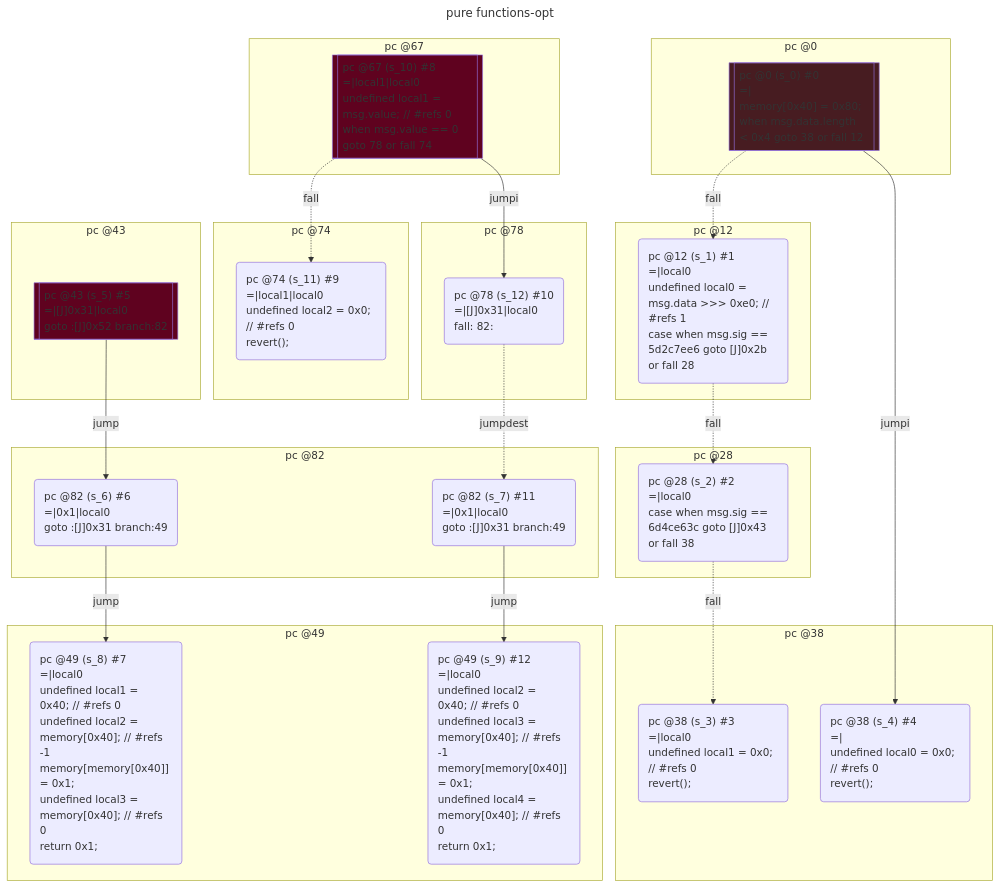
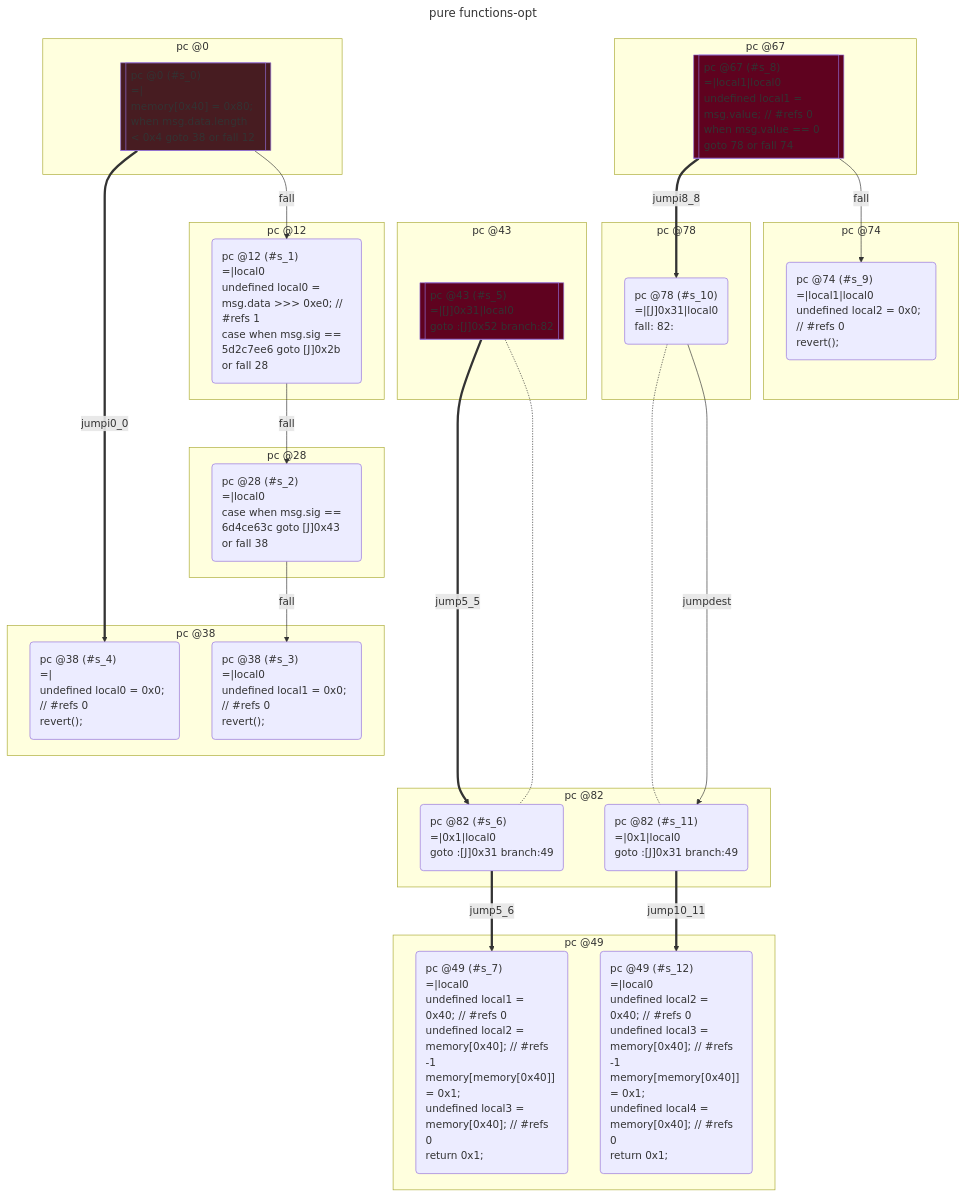
Before and after one commit to acuarica/evm: the second of 2 diagrams in test/__snapshots__/contracts/dispatch/pure-functions.snap.md, drawn with Mermaid. The commit also changed other lines of this file and 25 other files, not shown here.

````diff
--- a/test/__snapshots__/contracts/dispatch/pure-functions.snap.md
+++ b/test/__snapshots__/contracts/dispatch/pure-functions.snap.md
@@ -294,7 +296,7 @@
 flowchart TD
   classDef state text-align:left
   subgraph cluster_0 ["pc @0"]
-    s_0[["pc @0 (s_0) #0
+    s_0[["pc @0 (#s_0)
 =|
 memory[0x40] = 0x80;
 when msg.data.length < 0x4 goto 38 or fall 12
@@ -303,7 +305,7 @@
     style s_0 fill:#471C21
   end
   subgraph cluster_12 ["pc @12"]
-    s_1("pc @12 (s_1) #1
+    s_1("pc @12 (#s_1)
 =|local0
 undefined local0 = msg.data >>> 0xe0; // #refs 1
 case when msg.sig == 5d2c7ee6 goto [J]0x2b or fall 28
@@ -311,20 +313,20 @@
     class s_1 state
   end
   subgraph cluster_28 ["pc @28"]
-    s_2("pc @28 (s_2) #2
+    s_2("pc @28 (#s_2)
 =|local0
 case when msg.sig == 6d4ce63c goto [J]0x43 or fall 38
 ")
     class s_2 state
   end
   subgraph cluster_38 ["pc @38"]
-    s_3("pc @38 (s_3) #3
+    s_3("pc @38 (#s_3)
 =|local0
 undefined local1 = 0x0; // #refs 0
 revert();
 ")
     class s_3 state
-    s_4("pc @38 (s_4) #4
+    s_4("pc @38 (#s_4)
 =|
 undefined local0 = 0x0; // #refs 0
 revert();
@@ -332,7 +334,7 @@
     class s_4 state
   end
   subgraph cluster_43 ["pc @43"]
-    s_5[["pc @43 (s_5) #5
+    s_5[["pc @43 (#s_5)
 =|[J]0x31|local0
 goto :[J]0x52 branch:82
 "]]
@@ -340,19 +342,19 @@
     style s_5 fill:#5F021F
   end
   subgraph cluster_82 ["pc @82"]
-    s_6("pc @82 (s_6) #6
+    s_6("pc @82 (#s_6)
 =|0x1|local0
 goto :[J]0x31 branch:49
 ")
     class s_6 state
-    s_7("pc @82 (s_7) #11
+    s_11("pc @82 (#s_11)
 =|0x1|local0
 goto :[J]0x31 branch:49
 ")
-    class s_7 state
+    class s_11 state
   end
   subgraph cluster_49 ["pc @49"]
-    s_8("pc @49 (s_8) #7
+    s_7("pc @49 (#s_7)
 =|local0
 undefined local1 = 0x40; // #refs 0
 undefined local2 = memory[0x40]; // #refs -1
@@ -360,8 +362,8 @@
 undefined local3 = memory[0x40]; // #refs 0
 return 0x1;
 ")
-    class s_8 state
-    s_9("pc @49 (s_9) #12
+    class s_7 state
+    s_12("pc @49 (#s_12)
 =|local0
 undefined local2 = 0x40; // #refs 0
 undefined local3 = memory[0x40]; // #refs -1
@@ -369,41 +371,43 @@
 undefined local4 = memory[0x40]; // #refs 0
 return 0x1;
 ")
-    class s_9 state
+    class s_12 state
   end
   subgraph cluster_67 ["pc @67"]
-    s_10[["pc @67 (s_10) #8
+    s_8[["pc @67 (#s_8)
 =|local1|local0
 undefined local1 = msg.value; // #refs 0
 when msg.value == 0 goto 78 or fall 74
 "]]
-    class s_10 state
-    style s_10 fill:#5F021F
+    class s_8 state
+    style s_8 fill:#5F021F
   end
   subgraph cluster_74 ["pc @74"]
-    s_11("pc @74 (s_11) #9
+    s_9("pc @74 (#s_9)
 =|local1|local0
 undefined local2 = 0x0; // #refs 0
 revert();
 ")
-    class s_11 state
+    class s_9 state
   end
   subgraph cluster_78 ["pc @78"]
-    s_12("pc @78 (s_12) #10
+    s_10("pc @78 (#s_10)
 =|[J]0x31|local0
 fall: 82:
 ")
-    class s_12 state
+    class s_10 state
   end
-  s_0 -- jumpi --> s_4;
-  s_0 -. fall .-> s_1;
-  s_1 -. fall .-> s_2;
-  s_2 -. fall .-> s_3;
-  s_5 -- jump --> s_6;
-  s_6 -- jump --> s_8;
-  s_7 -- jump --> s_9;
-  s_10 -- jumpi --> s_12;
-  s_10 -. fall .-> s_11;
-  s_12 -. jumpdest .-> s_7;
+  s_0 == jumpi0_0 ==> s_4;
+  s_0 -- fall --> s_1;
+  s_1 -- fall --> s_2;
+  s_2 -- fall --> s_3;
+  s_5 == jump5_5 ==> s_6;
+  s_6 == jump5_6 ==> s_7;
+  s_5 -...- s_6;
+  s_11 == jump10_11 ==> s_12;
+  s_10 -...- s_11;
+  s_8 == jumpi8_8 ==> s_10;
+  s_8 -- fall --> s_9;
+  s_10 -- jumpdest --> s_11;
 
 ```
````
